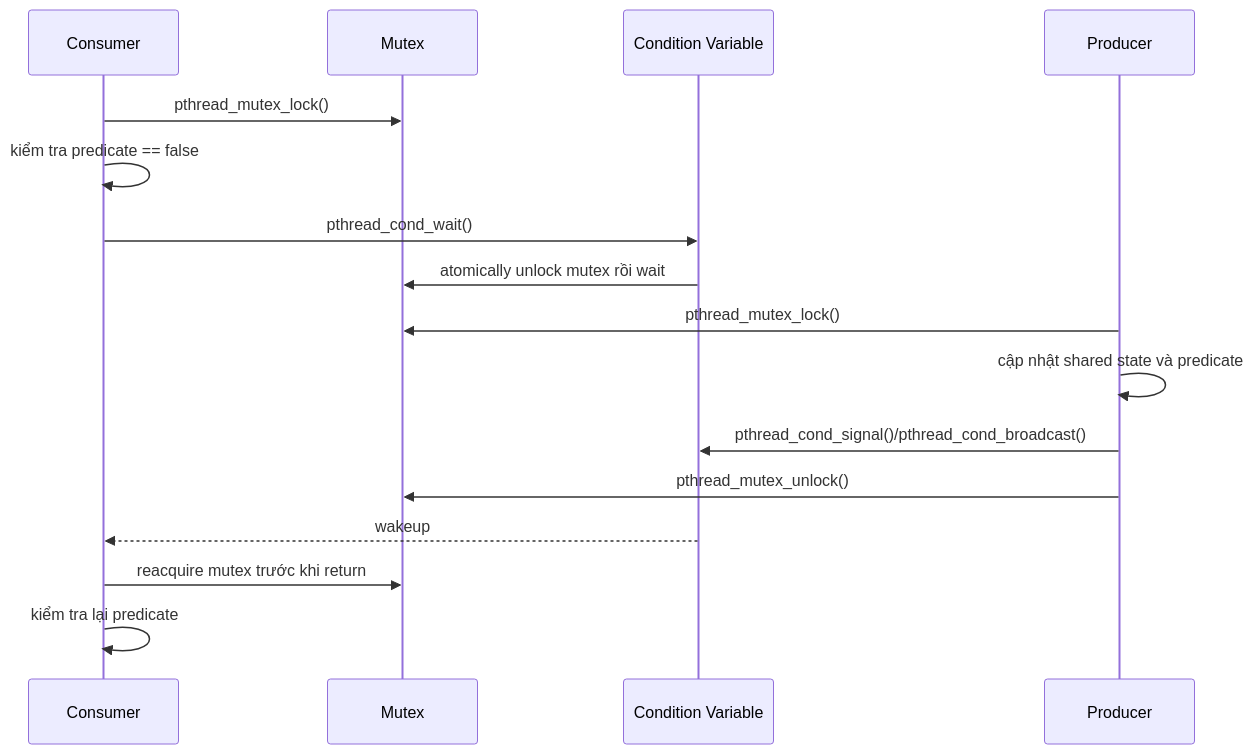
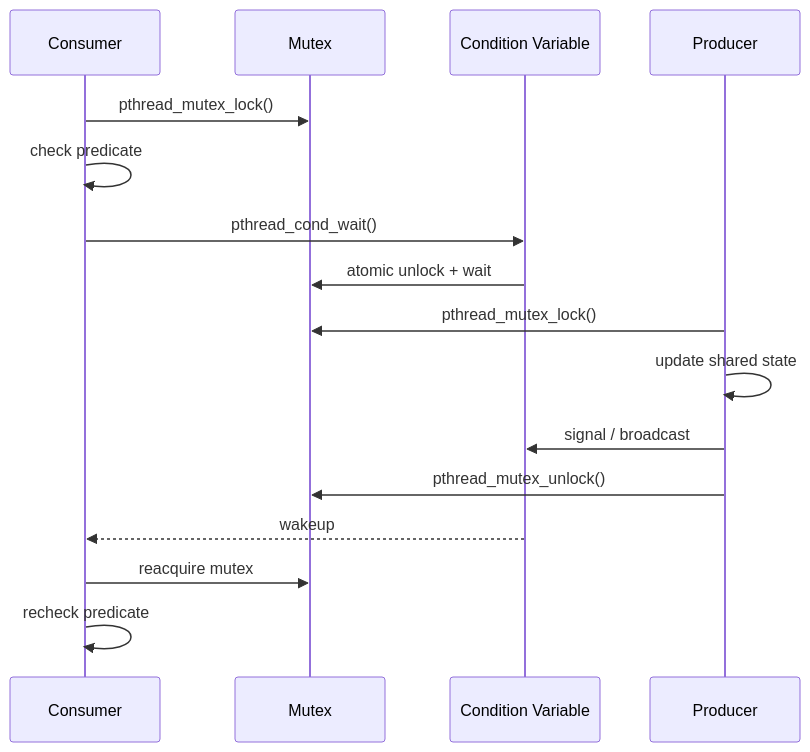
Before and after one commit to hai-kevins/embedded-linux: the second of 3 diagrams in phase-01/README-topic-07.md, drawn with Mermaid. The commit also changed other lines of this file and 6 other files, not shown here.

````diff
--- a/phase-01/README-topic-07.md
+++ b/phase-01/README-topic-07.md
@@ -557,19 +559,19 @@
 ```mermaid
 sequenceDiagram
     participant C as Consumer
     participant M as Mutex
     participant V as Condition Variable
     participant P as Producer
 
     C->>M: pthread_mutex_lock()
-    C->>C: kiểm tra predicate == false
+    C->>C: check predicate
     C->>V: pthread_cond_wait()
-    V->>M: atomically unlock mutex rồi wait
+    V->>M: atomic unlock + wait
     P->>M: pthread_mutex_lock()
-    P->>P: cập nhật shared state và predicate
-    P->>V: pthread_cond_signal()/pthread_cond_broadcast()
+    P->>P: update shared state
+    P->>V: signal / broadcast
     P->>M: pthread_mutex_unlock()
     V-->>C: wakeup
-    C->>M: reacquire mutex trước khi return
-    C->>C: kiểm tra lại predicate
+    C->>M: reacquire mutex
+    C->>C: recheck predicate
 ```
````
